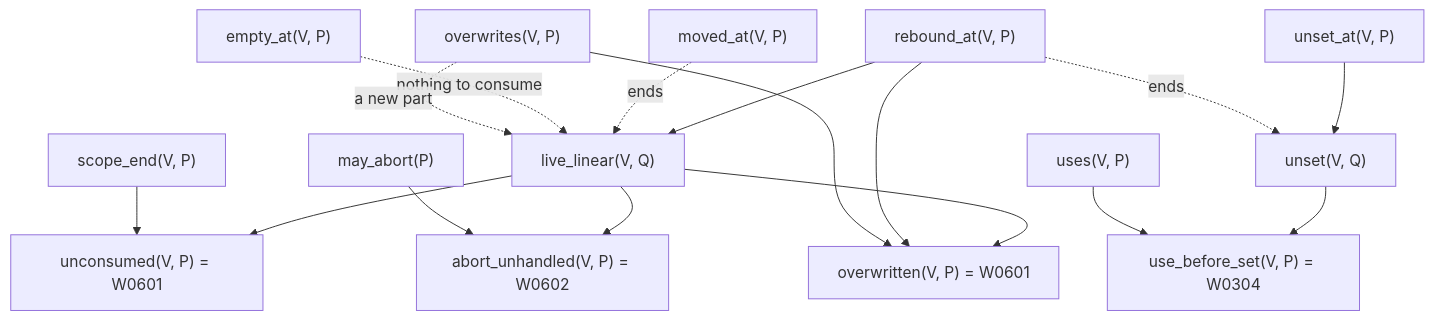
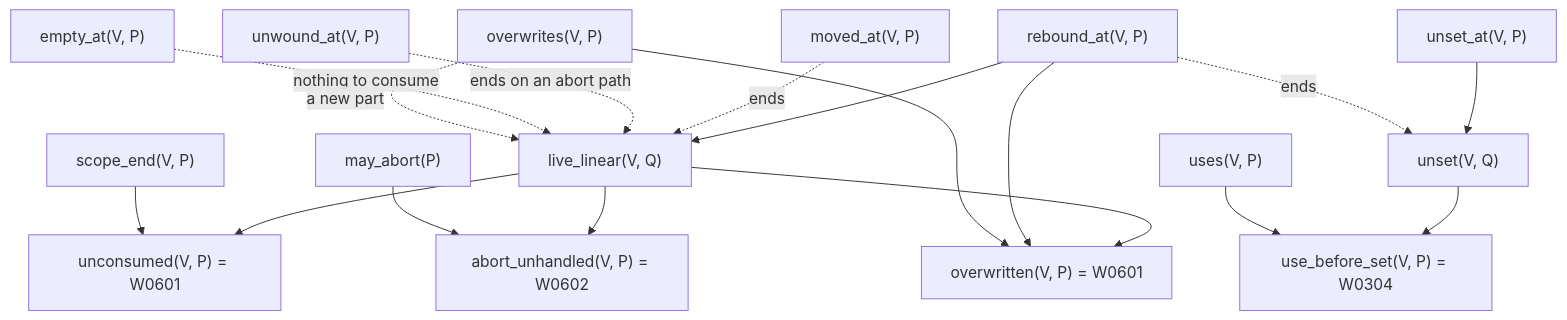
Before and after one commit to madmax983/weft: the third of 3 diagrams in docs/architecture.md, drawn with Mermaid. The commit also changed other lines of this file and 34 other files, not shown here.

First line of the commit message:
Sema, spec: S5a review fixes for abort paths and value flow

````diff
--- a/docs/architecture.md
+++ b/docs/architecture.md
@@ -41,17 +41,18 @@
 ```mermaid
 flowchart TD
     bind["rebound_at(V, P)"] --> live["live_linear(V, Q)"]
     moved["moved_at(V, P)"] -. "ends" .-> live
+    unwound["unwound_at(V, P)"] -. "ends on an abort path" .-> live
     empty["empty_at(V, P)"] -. "nothing to consume" .-> live
     over["overwrites(V, P)"] -. "a new part" .-> live
     live --> unc["unconsumed(V, P) = W0601"]
     send["scope_end(V, P)"] --> unc
     live --> ow["overwritten(V, P) = W0601"]
     bind --> ow
     over["overwrites(V, P)"] --> ow
     live --> ab["abort_unhandled(V, P) = W0602"]
     abort["may_abort(P)"] --> ab
     decl["unset_at(V, P)"] --> unset["unset(V, Q)"] --> ubs["use_before_set(V, P) = W0304"]
     bind -. "ends" .-> unset
     uses["uses(V, P)"] --> ubs
 ```
````
